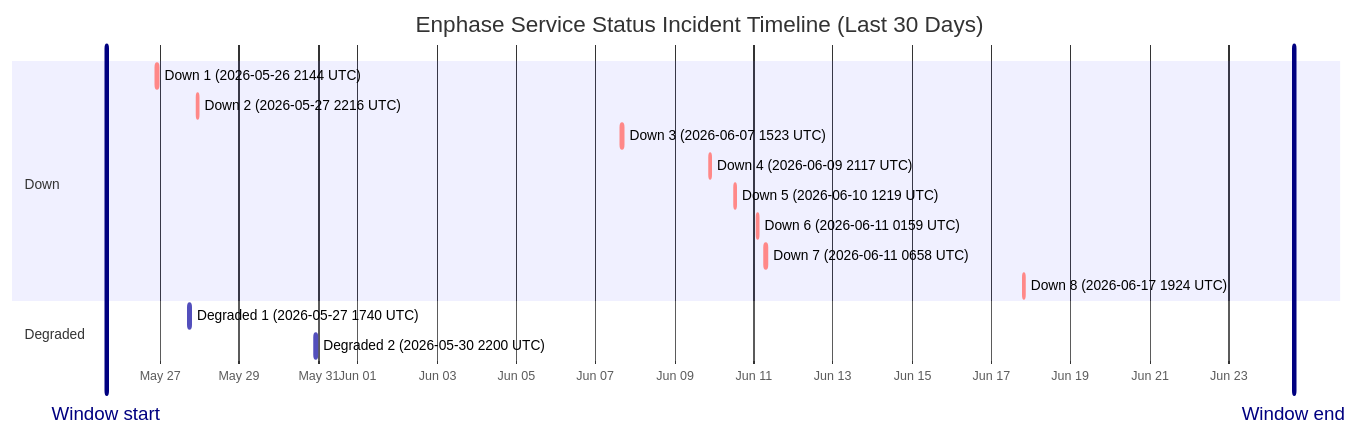
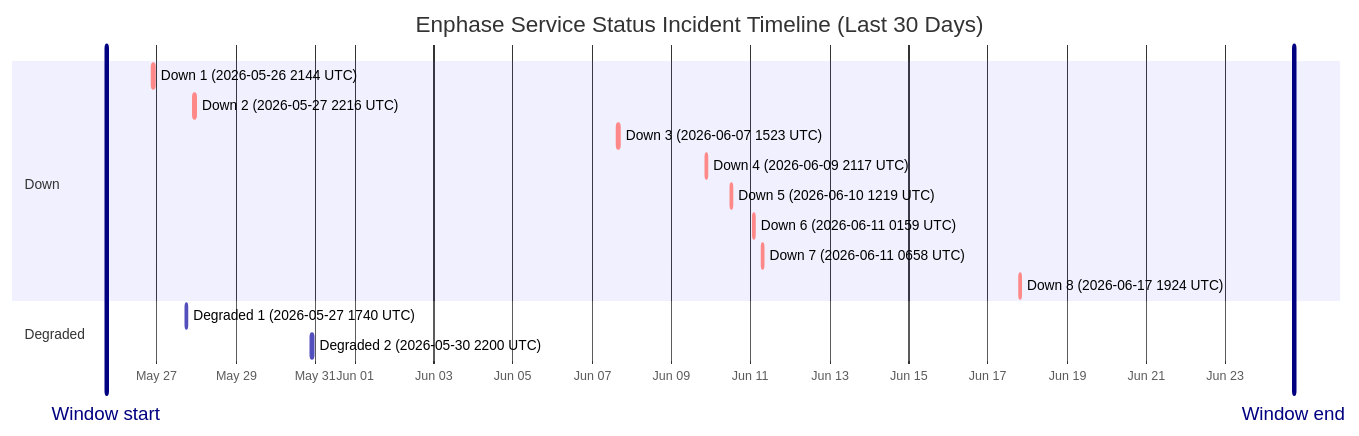
Before and after one commit to barneyonline/ha-enphase-energy: the diagram in wiki/Service-Status-History.md, drawn with Mermaid. The commit also changed other lines of this file and 3 other files, not shown here.

````diff
--- a/wiki/Service-Status-History.md
+++ b/wiki/Service-Status-History.md
@@ -14,20 +14,20 @@
 ```mermaid
 gantt
     title Enphase Service Status Incident Timeline (Last 30 Days)
     dateFormat  YYYY-MM-DDTHH:mm:ss
     axisFormat  %b %d
-    Window start :vert, window-start, 2026-05-25T15:17:35, 0ms
-    Window end :vert, window-end, 2026-06-24T15:17:35, 0ms
+    Window start :vert, window-start, 2026-05-25T17:26:49, 0ms
+    Window end :vert, window-end, 2026-06-24T17:26:49, 0ms
     section Down
     Down 1 (2026-05-26 2144 UTC) :crit, down-1, 2026-05-26T21:44:11, 85m
     Down 2 (2026-05-27 2216 UTC) :crit, down-2, 2026-05-27T22:16:53, 87m
     Down 3 (2026-06-07 1523 UTC) :crit, down-3, 2026-06-07T15:23:22, 87m
     Down 4 (2026-06-09 2117 UTC) :crit, down-4, 2026-06-09T21:17:17, 60m
     Down 5 (2026-06-10 1219 UTC) :crit, down-5, 2026-06-10T12:19:21, 60m
     Down 6 (2026-06-11 0159 UTC) :crit, down-6, 2026-06-11T01:59:36, 60m
     Down 7 (2026-06-11 0658 UTC) :crit, down-7, 2026-06-11T06:58:45, 60m
     Down 8 (2026-06-17 1924 UTC) :crit, down-8, 2026-06-17T19:24:51, 60m
     section Degraded
     Degraded 1 (2026-05-27 1740 UTC) :active, degraded-1, 2026-05-27T17:40:52, 60m
     Degraded 2 (2026-05-30 2200 UTC) :active, degraded-2, 2026-05-30T22:00:37, 60m
 ```
````
